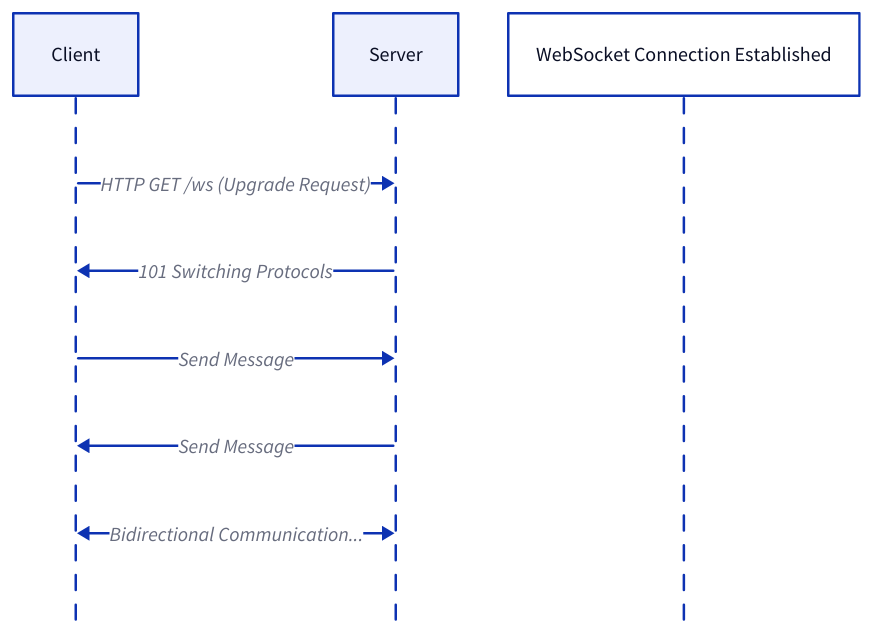
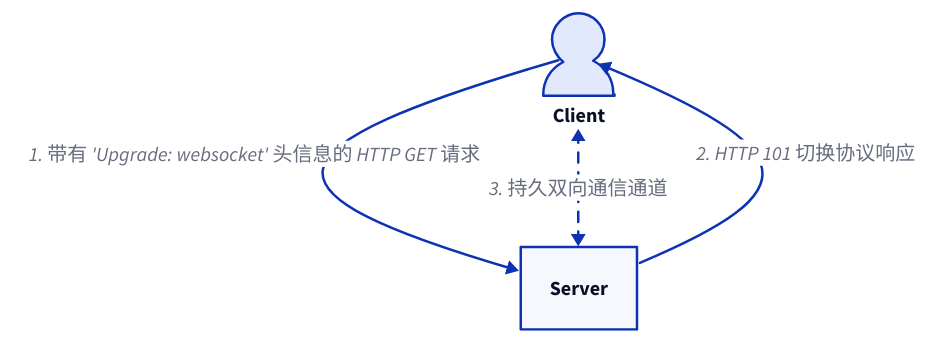
One commit to lban2049/fastapi changed the first of 2 diagrams in .aigne/doc-smith/docs/advanced-websockets.zh.md. Above: the diagram before and after it, drawn with D2. The commit also changed other lines of this file and 45 other files, not shown here.

````diff
--- a/.aigne/doc-smith/docs/advanced-websockets.zh.md
+++ b/.aigne/doc-smith/docs/advanced-websockets.zh.md
@@ -9,12 +9,14 @@
 ```d2
-shape: sequence_diagram
+direction: down
 
-Client; Server
+"Client": { shape: person }
+"Server": { shape: rectangle }
 
-Client -> Server: "HTTP GET /ws (Upgrade Request)"
-Server -> Client: "101 Switching Protocols"
-note over Client, Server: "WebSocket Connection Established"
-Client -> Server: "Send Message"
-Server -> Client: "Send Message"
-Client <-> Server: "Bidirectional Communication..."
+"Client" -> "Server": "1. 带有 'Upgrade: websocket' 头信息的 HTTP GET 请求"
+"Server" -> "Client": "2. HTTP 101 切换协议响应"
+"Client" <-> "Server": "3. 持久双向通信通道" {
+  style {
+    stroke-dash: 4
+  }
+}
 ```
````
